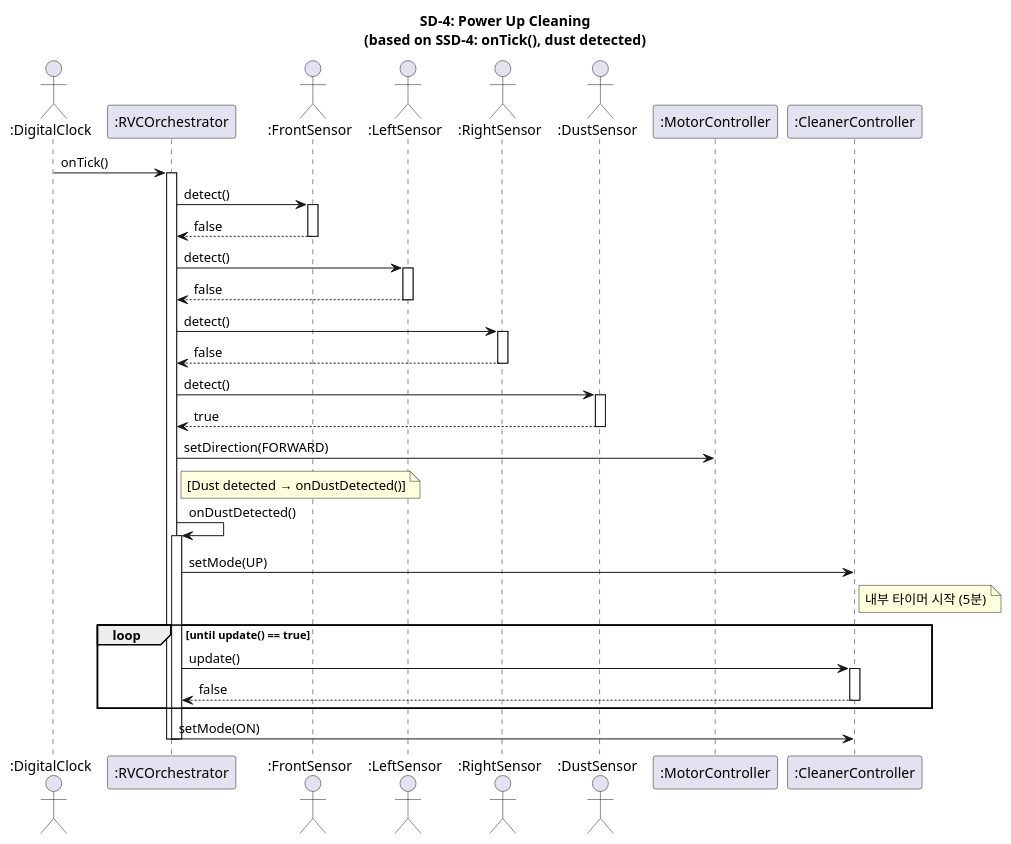
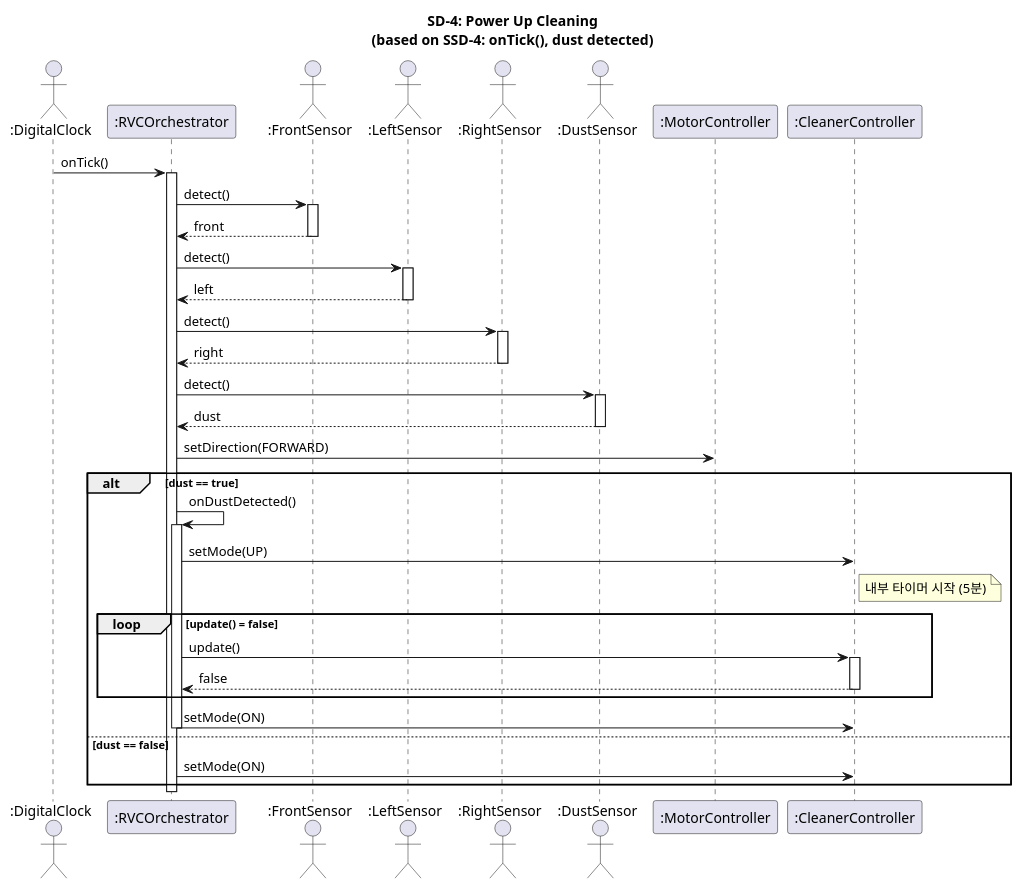
One commit to OOP-konkuk/CICD-Team7 changed the fourth of 4 diagrams in docs/vibe-coding/03-ood/sequence-diagrams.mdx. Above: the diagram before and after it, drawn with PlantUML. The commit also changed other lines of this file and 8 other files, not shown here.

First line of the commit message:
fix(ood/ooi): Add DigitalClock impl, fix Domain Model/Class Diagram, update SD-4 alt/loop

````diff
--- a/docs/vibe-coding/03-ood/sequence-diagrams.mdx
+++ b/docs/vibe-coding/03-ood/sequence-diagrams.mdx
@@ -180,50 +180,51 @@
 ```plantuml
 @startuml SD4_PowerUpCleaning
 title SD-4: Power Up Cleaning\n(based on SSD-4: onTick(), dust detected)
 
 actor ":DigitalClock" as Clock
 participant ":RVCOrchestrator" as Orch
 actor ":FrontSensor" as FS
 actor ":LeftSensor" as LS
 actor ":RightSensor" as RS
 actor ":DustSensor" as DS
 participant ":MotorController" as Motor
 participant ":CleanerController" as Cleaner
 
 Clock -> Orch : onTick()
 activate Orch
 Orch -> FS : detect()
 activate FS
-FS --> Orch : false
+FS --> Orch : front
 deactivate FS
 Orch -> LS : detect()
 activate LS
-LS --> Orch : false
+LS --> Orch : left
 deactivate LS
 Orch -> RS : detect()
 activate RS
-RS --> Orch : false
+RS --> Orch : right
 deactivate RS
 Orch -> DS : detect()
 activate DS
-DS --> Orch : true
+DS --> Orch : dust
 deactivate DS
 Orch -> Motor : setDirection(FORWARD)
-note right of Orch : [Dust detected → onDustDetected()]
-Orch -> Orch : onDustDetected()
-activate Orch
-Orch -> Cleaner : setMode(UP)
-note right of Cleaner : 내부 타이머 시작 (5분)
-
-loop until update() == true
-  Orch -> Cleaner : update()
-  activate Cleaner
-  Cleaner --> Orch : false
-  deactivate Cleaner
+alt dust == true
+  Orch -> Orch : onDustDetected()
+  activate Orch
+  Orch -> Cleaner : setMode(UP)
+  note right of Cleaner : 내부 타이머 시작 (5분)
+  loop update() = false
+    Orch -> Cleaner : update()
+    activate Cleaner
+    Cleaner --> Orch : false
+    deactivate Cleaner
+  end
+  Orch -> Cleaner : setMode(ON)
+  deactivate Orch
+else dust == false
+  Orch -> Cleaner : setMode(ON)
 end
-
-Orch -> Cleaner : setMode(ON)
-deactivate Orch
 deactivate Orch
 @enduml
 ```
````
